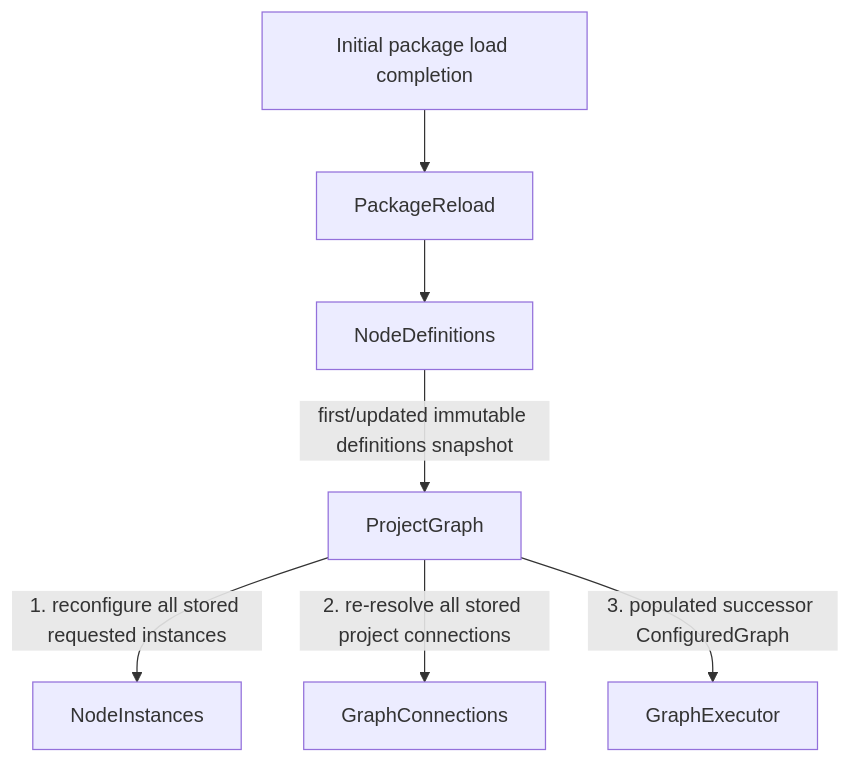
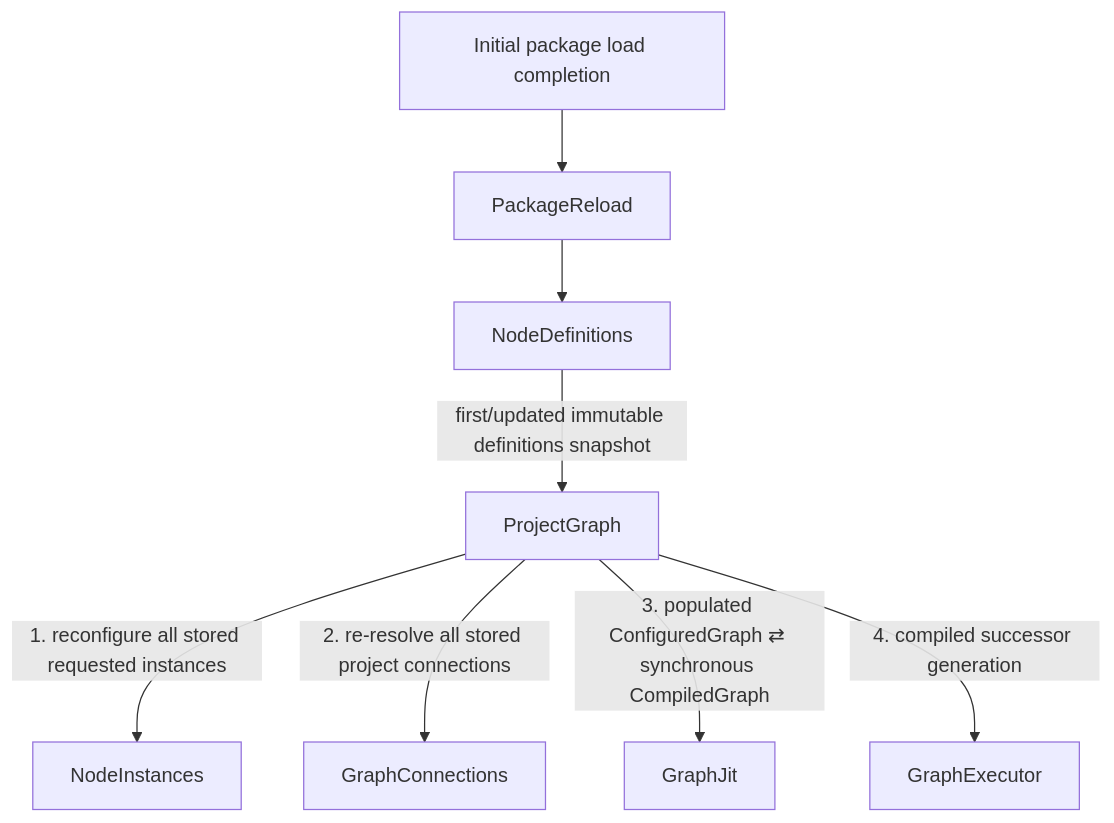
The second of 2 diagrams in docs/event_flows/startup_and_project_replay.md (ljleb/intravenous), drawn with Mermaid before and after one commit. The commit also changed other lines of this file and 16 other files, not shown here.

````diff
--- a/docs/event_flows/startup_and_project_replay.md
+++ b/docs/event_flows/startup_and_project_replay.md
@@ -42,17 +44,19 @@
 ```mermaid
 flowchart TD
     SRC["Initial package load completion"]
     PR["PackageReload"]
     ND["NodeDefinitions"]
     PG["ProjectGraph"]
     NI["NodeInstances"]
     GC["GraphConnections"]
+    GJ["GraphJit"]
     GE["GraphExecutor"]
 
     SRC --> PR
     PR --> ND
     ND -->|"first/updated immutable definitions snapshot"| PG
     PG -->|"1. reconfigure all stored requested instances"| NI
     PG -->|"2. re-resolve all stored project connections"| GC
-    PG -->|"3. populated successor ConfiguredGraph"| GE
+    PG -->|"3. populated ConfiguredGraph ⇄ synchronous CompiledGraph"| GJ
+    PG -->|"4. compiled successor generation"| GE
 ```
````
